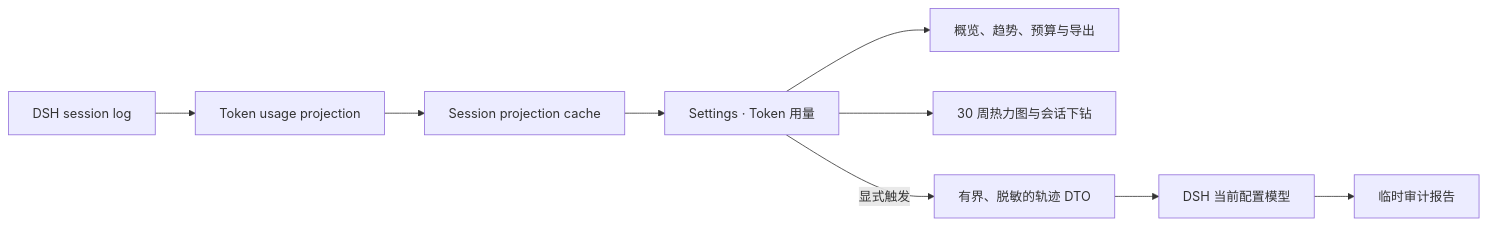
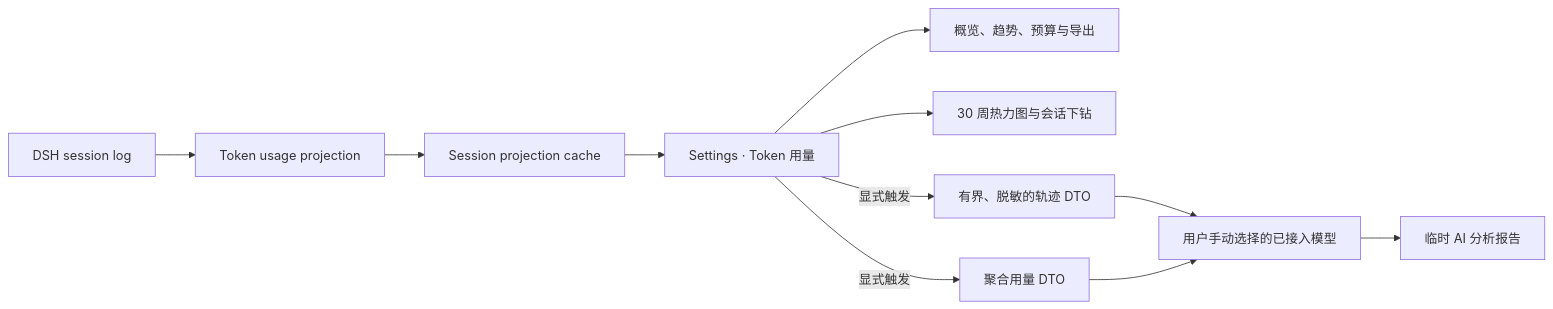
The diagram in README.md (LeemanCheung/dsh-token-usage), drawn with Mermaid before and after one commit. The commit also changed other lines of this file and 19 other files, not shown here.

````diff
--- a/README.md
+++ b/README.md
@@ -108,11 +132,13 @@
 ```mermaid
 flowchart LR
   A[DSH session log] --> B[Token usage projection]
   B --> C[Session projection cache]
   C --> D[Settings · Token 用量]
   D --> E[概览、趋势、预算与导出]
   D --> F[30 周热力图与会话下钻]
   D -->|显式触发| G[有界、脱敏的轨迹 DTO]
-  G --> H[DSH 当前配置模型]
-  H --> I[临时审计报告]
+  D -->|显式触发| J[聚合用量 DTO]
+  G --> H[用户手动选择的已接入模型]
+  J --> H
+  H --> I[临时 AI 分析报告]
 ```
````
